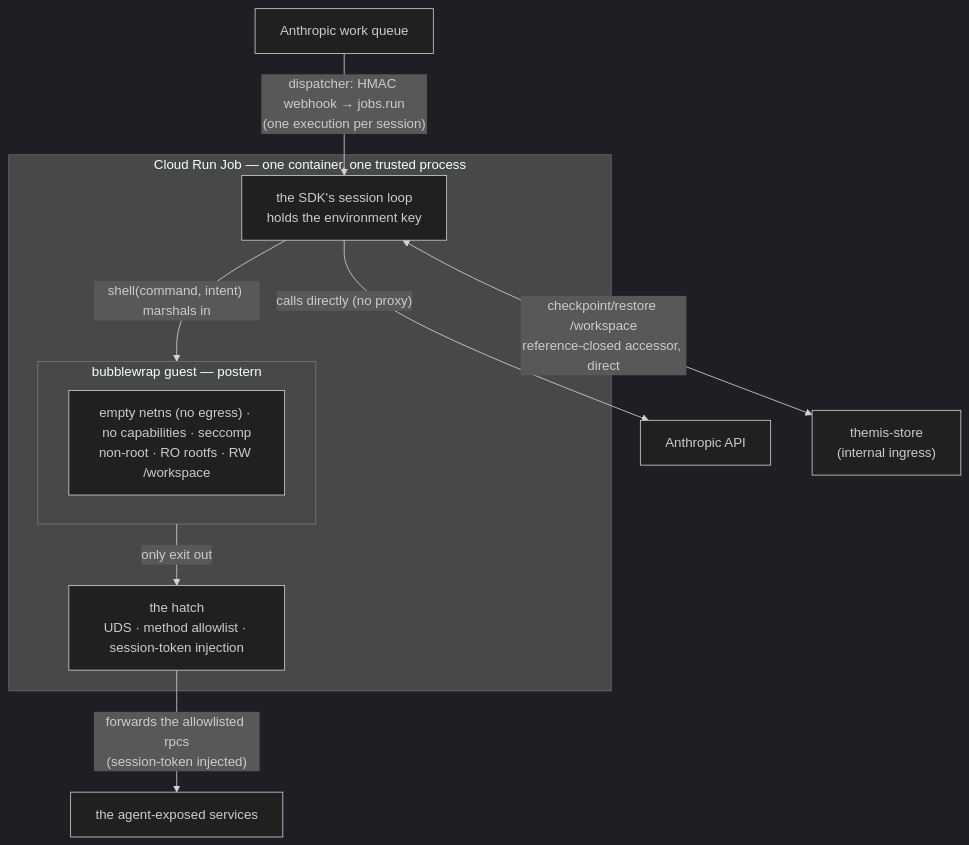
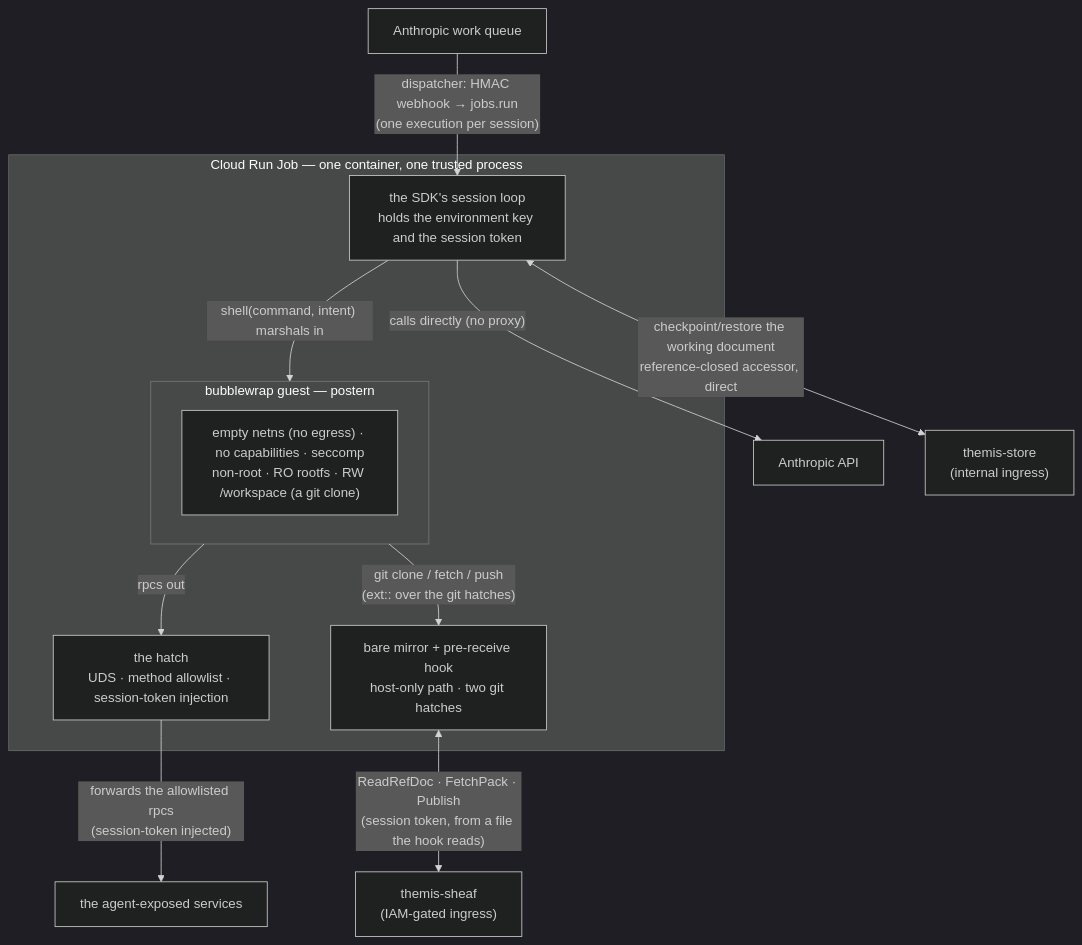
One commit to populationgenomics/themis changed the diagram in docs/design/sandbox-worker.md. Above: the diagram before and after it, drawn with Mermaid (dark theme). The commit also changed other lines of this file and 33 other files, not shown here.

````diff
--- a/docs/design/sandbox-worker.md
+++ b/docs/design/sandbox-worker.md
@@ -81,19 +94,22 @@
 ```mermaid
 flowchart TB
     wq["Anthropic work queue"]
     wq -->|"dispatcher: HMAC webhook → jobs.run<br/>(one execution per session)"| worker
 
     subgraph job["Cloud Run Job — one container, one trusted process"]
-        worker["the SDK's session loop<br/>holds the environment key"]
+        worker["the SDK's session loop<br/>holds the environment key and the session token"]
         hatch["the hatch<br/>UDS · method allowlist · session-token injection"]
+        mirror["bare mirror + pre-receive hook<br/>host-only path · two git hatches"]
         subgraph guest["bubblewrap guest — postern"]
-            iso["empty netns (no egress) · no capabilities · seccomp<br/>non-root · RO rootfs · RW /workspace"]
+            iso["empty netns (no egress) · no capabilities · seccomp<br/>non-root · RO rootfs · RW /workspace (a git clone)"]
         end
         worker -->|"shell(command, intent) marshals in"| guest
-        guest -->|"only exit out"| hatch
+        guest -->|"rpcs out"| hatch
+        guest -->|"git clone / fetch / push<br/>(ext:: over the git hatches)"| mirror
     end
 
     worker -->|"calls directly (no proxy)"| anthropic["Anthropic API"]
-    worker <-->|"checkpoint/restore /workspace<br/>reference-closed accessor, direct"| store["themis-store<br/>(internal ingress)"]
+    worker <-->|"checkpoint/restore the working document<br/>reference-closed accessor, direct"| store["themis-store<br/>(internal ingress)"]
+    mirror <-->|"ReadRefDoc · FetchPack · Publish<br/>(session token, from a file the hook reads)"| sheaf["themis-sheaf<br/>(IAM-gated ingress)"]
     hatch -->|"forwards the allowlisted rpcs<br/>(session-token injected)"| upstreams["the agent-exposed services"]
 ```
````
